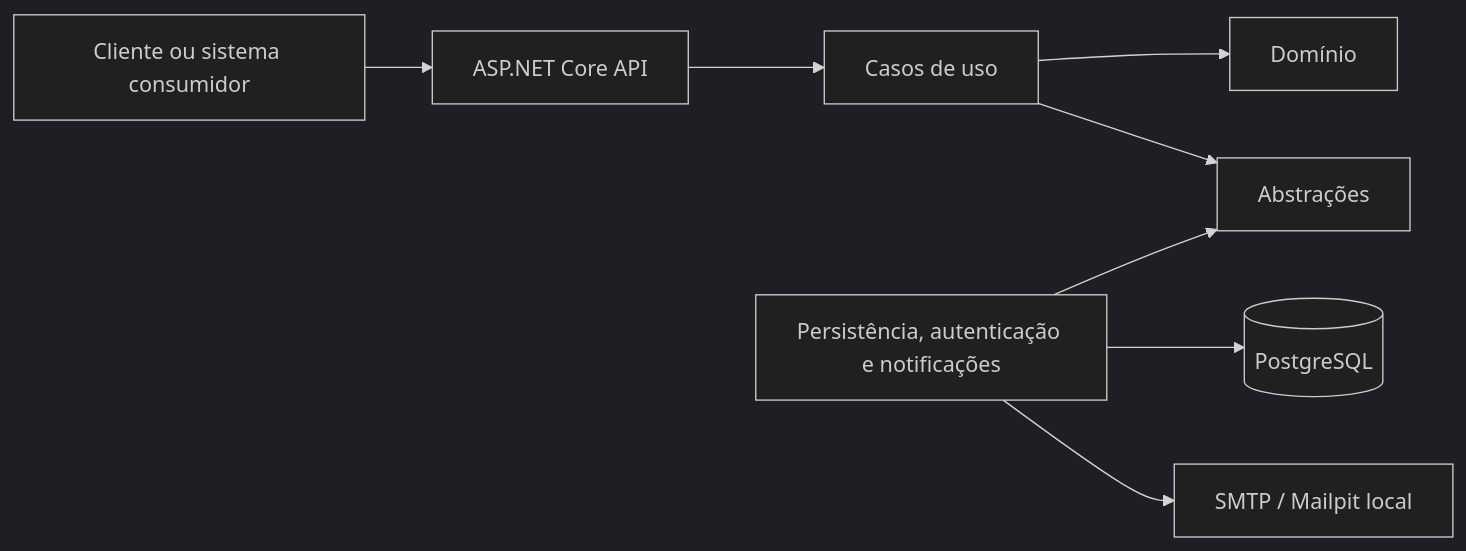
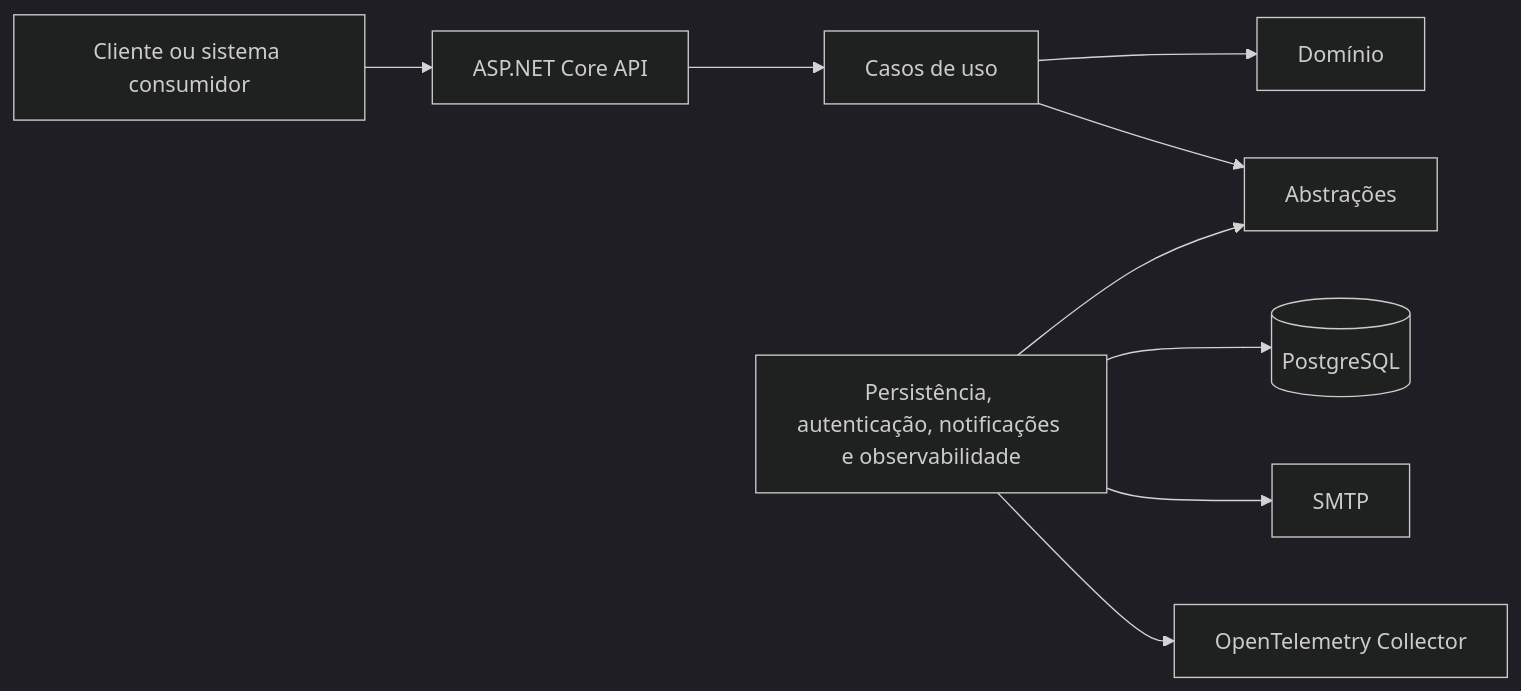
The second of 2 diagrams in README.md (tech-challenge-SOAT16/tech-challenge-application), drawn with Mermaid (dark theme) before and after one commit. The commit also changed other lines of this file, not shown here.

````diff
--- a/README.md
+++ b/README.md
@@ -62,10 +104,11 @@
 ```mermaid
 flowchart LR
     Client[Cliente ou sistema consumidor] --> API[ASP.NET Core API]
     API --> Application[Casos de uso]
     Application --> Domain[Domínio]
     Application --> Contracts[Abstrações]
-    Infrastructure[Persistência, autenticação e notificações] --> Contracts
+    Infrastructure[Persistência, autenticação, notificações e observabilidade] --> Contracts
     Infrastructure --> Database[(PostgreSQL)]
-    Infrastructure --> Mailpit[SMTP / Mailpit local]
+    Infrastructure --> Mailpit[SMTP]
+    Infrastructure --> Collector[OpenTelemetry Collector]
 ```
````
